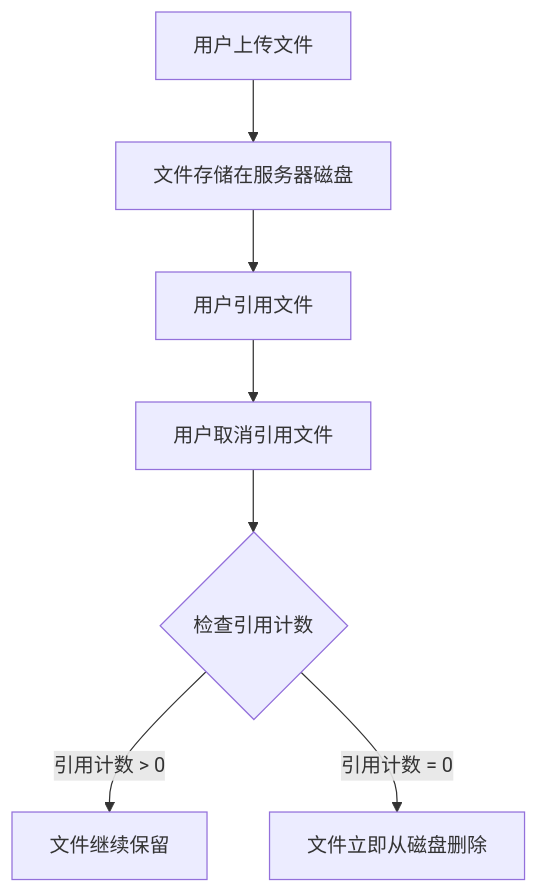
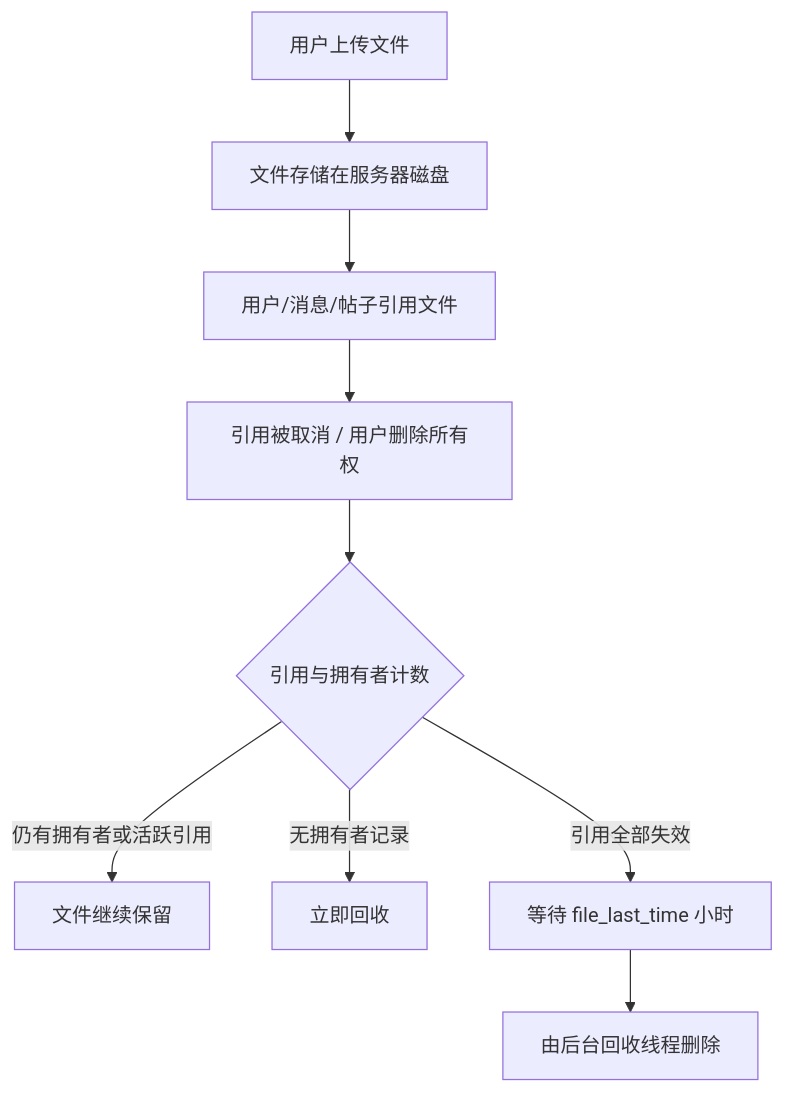
The diagram in docs/guide/maintenance.md (touchfish-devs/TouchFish-Docs), drawn with Mermaid before and after one commit. The commit also changed other lines of this file and 5 other files, not shown here.

````diff
--- a/docs/guide/maintenance.md
+++ b/docs/guide/maintenance.md
@@ -44,11 +55,11 @@
 ```mermaid
 graph TD
     A[用户上传文件] --> B[文件存储在服务器磁盘]
-    B --> C[用户引用文件]
-    C --> D[用户取消引用文件]
-    D --> E{检查引用计数}
-    E -- 引用计数 > 0 --> F[文件继续保留]
-    E -- 引用计数 = 0 --> G[文件立即从磁盘删除]
-
-
+    B --> C[用户/消息/帖子引用文件]
+    C --> D[引用被取消 / 用户删除所有权]
+    D --> E{引用与拥有者计数}
+    E -- 仍有拥有者或活跃引用 --> F[文件继续保留]
+    E -- 无拥有者记录 --> G[立即回收]
+    E -- 引用全部失效 --> H[等待 file_last_time 小时]
+    H --> I[由后台回收线程删除]
 ```
````
